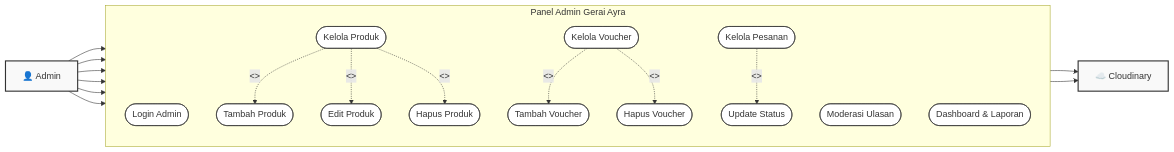
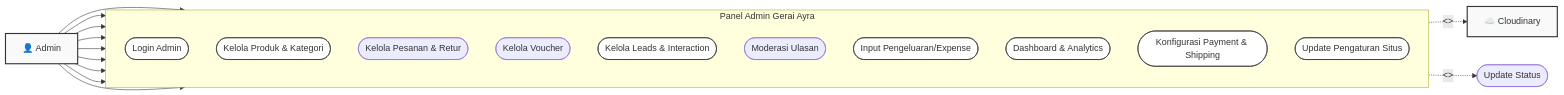
Before and after one commit to Grinti123/gerai-ayra-fullstack: the second of 2 diagrams in usecase-diagram.md, drawn with Mermaid. The commit also changed other lines of this file and 229 other files, not shown here.

Commit message:
feat: Implement comprehensive admin panel features including finance, stock, returns, and user management, alongside new backend modules for analytics, expenses, categories, and wishlists.

````diff
--- a/usecase-diagram.md
+++ b/usecase-diagram.md
@@ -85,71 +78,57 @@
 ```mermaid
 graph LR
     %% Actors
     A["👤 Admin"]
     CL["☁️ Cloudinary"]
 
     %% System Boundary
     subgraph "Panel Admin Gerai Ayra"
         direction TB
         
         %% Auth
         UA1([Login Admin])
         
-        %% Product Mgmt
-        UA3([Kelola Produk])
-        UA4([Tambah Produk])
-        UA5([Edit Produk])
-        UA6([Hapus Produk])
+        %% Core Mgmt
+        UA3([Kelola Produk & Kategori])
+        UA7([Kelola Pesanan & Retur])
+        UA15([Kelola Voucher])
         
-        %% Voucher Mgmt
-        UA15([Kelola Voucher])
-        UA16([Tambah Voucher])
-        UA17([Hapus Voucher])
+        %% CRM & Marketing
+        UA21([Kelola Leads & Interaction])
+        UA9([Moderasi Ulasan])
         
-        %% Order Mgmt
-        UA7([Kelola Pesanan])
-        UA8([Update Status])
+        %% Finance & Analytics
+        UA22([Input Pengeluaran/Expense])
+        UA11([Dashboard & Analytics])
         
-        %% Other
-        UA9([Moderasi Ulasan])
-        UA11([Dashboard & Laporan])
+        %% Configuration
+        UA23([Konfigurasi Payment & Shipping])
+        UA24([Update Pengaturan Situs])
     end
 
     %% Actor Links
     A --> UA1
     A --> UA3
+    A --> UA7
     A --> UA15
-    A --> UA7
-    A --> UA9
+    A --> UA21
+    A --> UA22
     A --> UA11
+    A --> UA23
+    A --> UA24
 
-    %% Includes/Extends
-    UA3 -.->|<<include>>| UA4
-    UA3 -.->|<<include>>| UA5
-    UA3 -.->|<<include>>| UA6
-    
-    UA15 -.->|<<include>>| UA16
-    UA15 -.->|<<include>>| UA17
-    
-    UA7 -.->|<<include>>| UA8
-
-    %% External Links
-    UA4 --> CL
-    UA5 --> CL
+    %% Internal Details (Hidden for clarity in main view, but part of logic)
+    UA3 -.->|<<include>>| CL
+    UA7 -.->|<<include>>| UA8([Update Status])
 
     %% Styling
     style A fill:#f9f9f9,stroke:#333,stroke-width:2px
     style CL fill:#f9f9f9,stroke:#333,stroke-width:2px
     style UA1 fill:#fff,stroke:#333,stroke-width:1px
     style UA3 fill:#fff,stroke:#333,stroke-width:1px
-    style UA4 fill:#fff,stroke:#333,stroke-width:1px
-    style UA5 fill:#fff,stroke:#333,stroke-width:1px
-    style UA6 fill:#fff,stroke:#333,stroke-width:1px
-    style UA15 fill:#fff,stroke:#333,stroke-width:1px
-    style UA16 fill:#fff,stroke:#333,stroke-width:1px
-    style UA17 fill:#fff,stroke:#333,stroke-width:1px
-    style UA7 fill:#fff,stroke:#333,stroke-width:1px
-    style UA8 fill:#fff,stroke:#333,stroke-width:1px
-    style UA9 fill:#fff,stroke:#333,stroke-width:1px
+    style UA21 fill:#fff,stroke:#333,stroke-width:1px
+    style UA22 fill:#fff,stroke:#333,stroke-width:1px
     style UA11 fill:#fff,stroke:#333,stroke-width:1px
+    style UA23 fill:#fff,stroke:#333,stroke-width:1px
+    style UA24 fill:#fff,stroke:#333,stroke-width:1px
 ```
````
